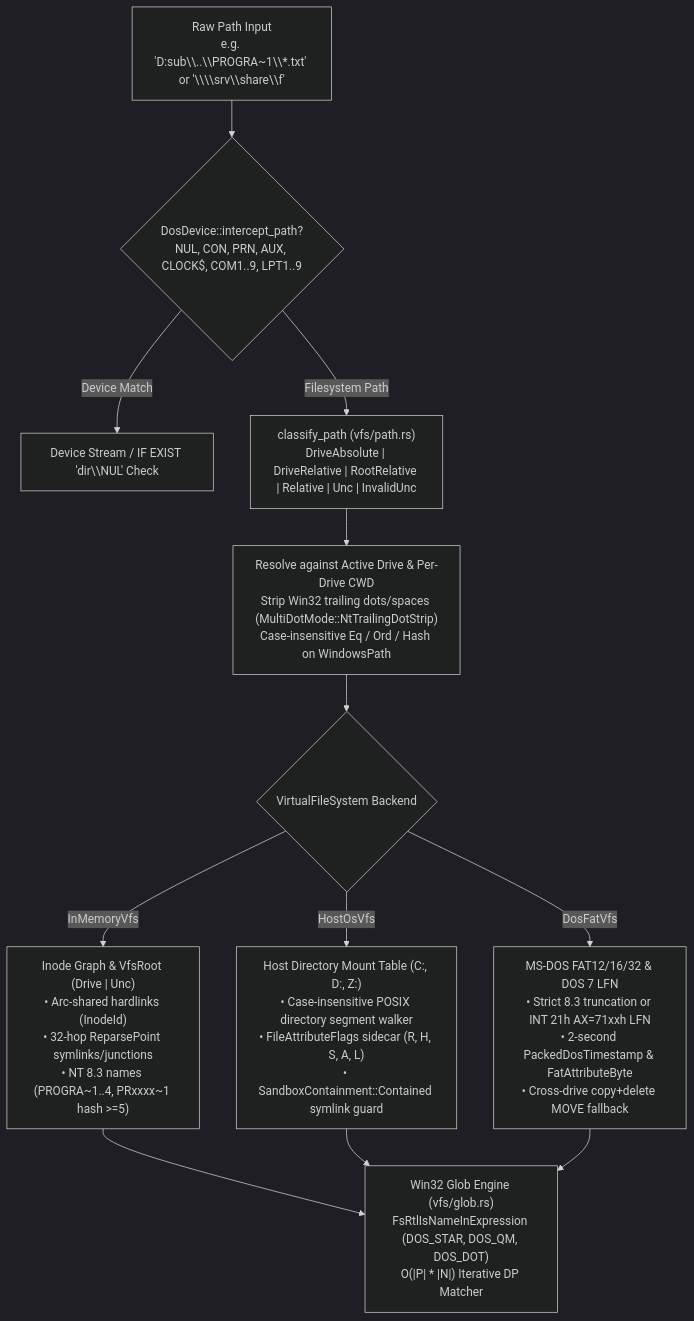
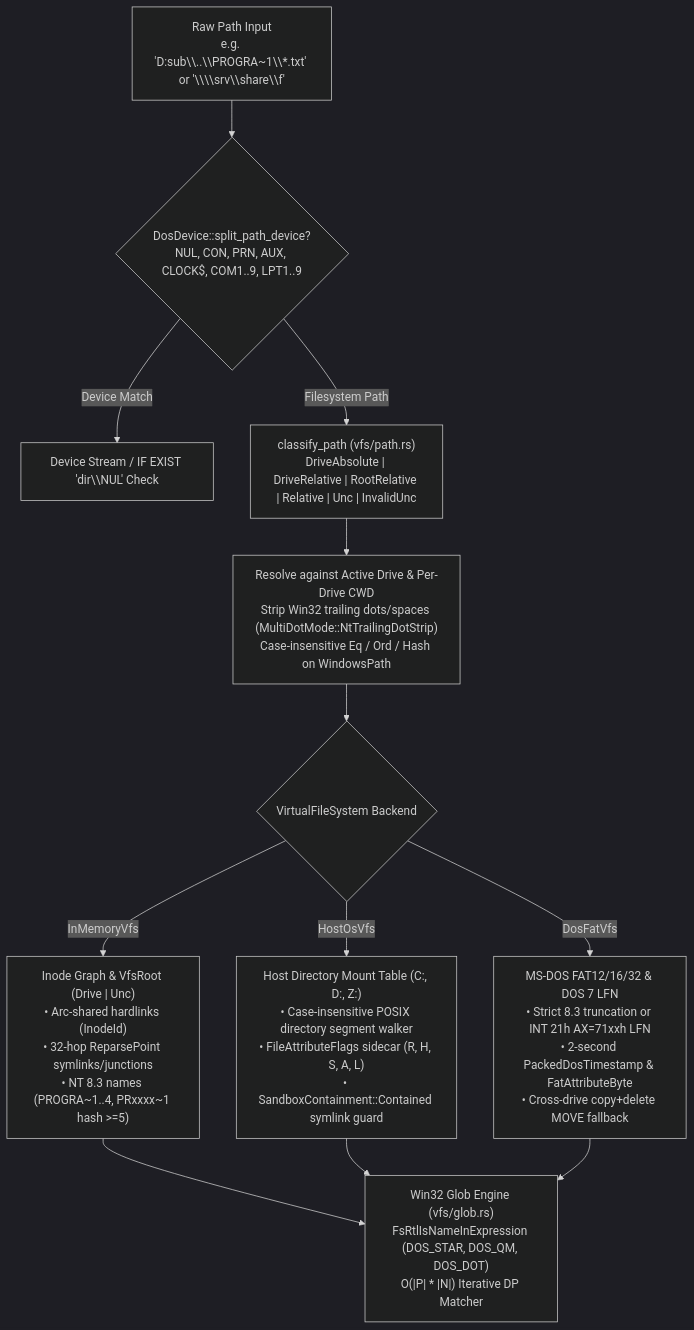
One commit to SamuelMarks/win-cmd-rs changed the tenth of 15 diagrams in ARCHITECTURE.md. Above: the diagram before and after it, drawn with Mermaid (dark theme). The commit also changed other lines of this file and 5 other files, not shown here.

````diff
--- a/ARCHITECTURE.md
+++ b/ARCHITECTURE.md
@@ -470,16 +470,16 @@
 ```mermaid
 flowchart TD
-    RAW_P["Raw Path Input<br/>e.g. 'D:sub\\..\\PROGRA~1\\*.txt' or '\\\\srv\\share\\f'"] --> DEV{"DosDevice::intercept_path?<br/>NUL, CON, PRN, AUX, CLOCK$, COM1..9, LPT1..9"}
+    RAW_P["Raw Path Input<br/>e.g. 'D:sub\\..\\PROGRA~1\\*.txt' or '\\\\srv\\share\\f'"] --> DEV{"DosDevice::split_path_device?<br/>NUL, CON, PRN, AUX, CLOCK$, COM1..9, LPT1..9"}
     DEV -- "Device Match" --> DEV_IO["Device Stream / IF EXIST 'dir\\NUL' Check"]
     DEV -- "Filesystem Path" --> CLASS["classify_path (vfs/path.rs)<br/>DriveAbsolute | DriveRelative | RootRelative | Relative | Unc | InvalidUnc"]
     CLASS --> NORM["Resolve against Active Drive &amp; Per-Drive CWD<br/>Strip Win32 trailing dots/spaces (MultiDotMode::NtTrailingDotStrip)<br/>Case-insensitive Eq / Ord / Hash on WindowsPath"]
     NORM --> BACKEND{"VirtualFileSystem Backend"}
 
     BACKEND -- "InMemoryVfs" --> MEM["Inode Graph &amp; VfsRoot (Drive | Unc)<br/>• Arc-shared hardlinks (InodeId)<br/>• 32-hop ReparsePoint symlinks/junctions<br/>• NT 8.3 names (PROGRA~1..4, PRxxxx~1 hash &gt;=5)"]
     BACKEND -- "HostOsVfs" --> HOST["Host Directory Mount Table (C:, D:, Z:)<br/>• Case-insensitive POSIX directory segment walker<br/>• FileAttributeFlags sidecar (R, H, S, A, L)<br/>• SandboxContainment::Contained symlink guard"]
     BACKEND -- "DosFatVfs<K: DosKernelApi>" --> DOSFAT["MS-DOS FAT12/16/32 &amp; DOS 7 LFN<br/>• Strict 8.3 truncation or INT 21h AX=71xxh LFN<br/>• 2-second PackedDosTimestamp &amp; FatAttributeByte<br/>• Cross-drive copy+delete MOVE fallback"]
 
     MEM --> GLOB["Win32 Glob Engine (vfs/glob.rs)<br/>FsRtlIsNameInExpression (DOS_STAR, DOS_QM, DOS_DOT)<br/>O(|P| * |N|) Iterative DP Matcher"]
     HOST --> GLOB
     DOSFAT --> GLOB
 ```
````
